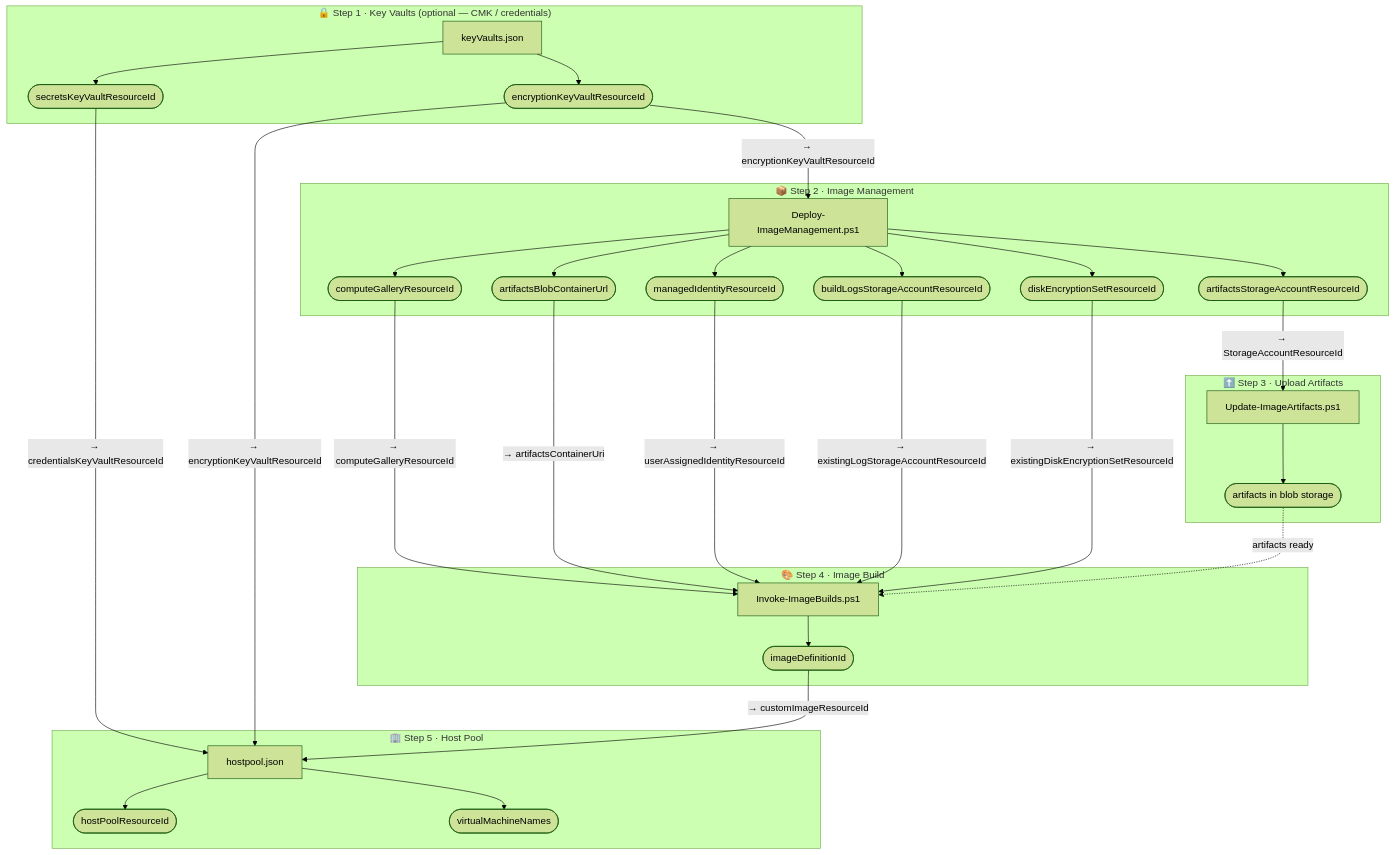
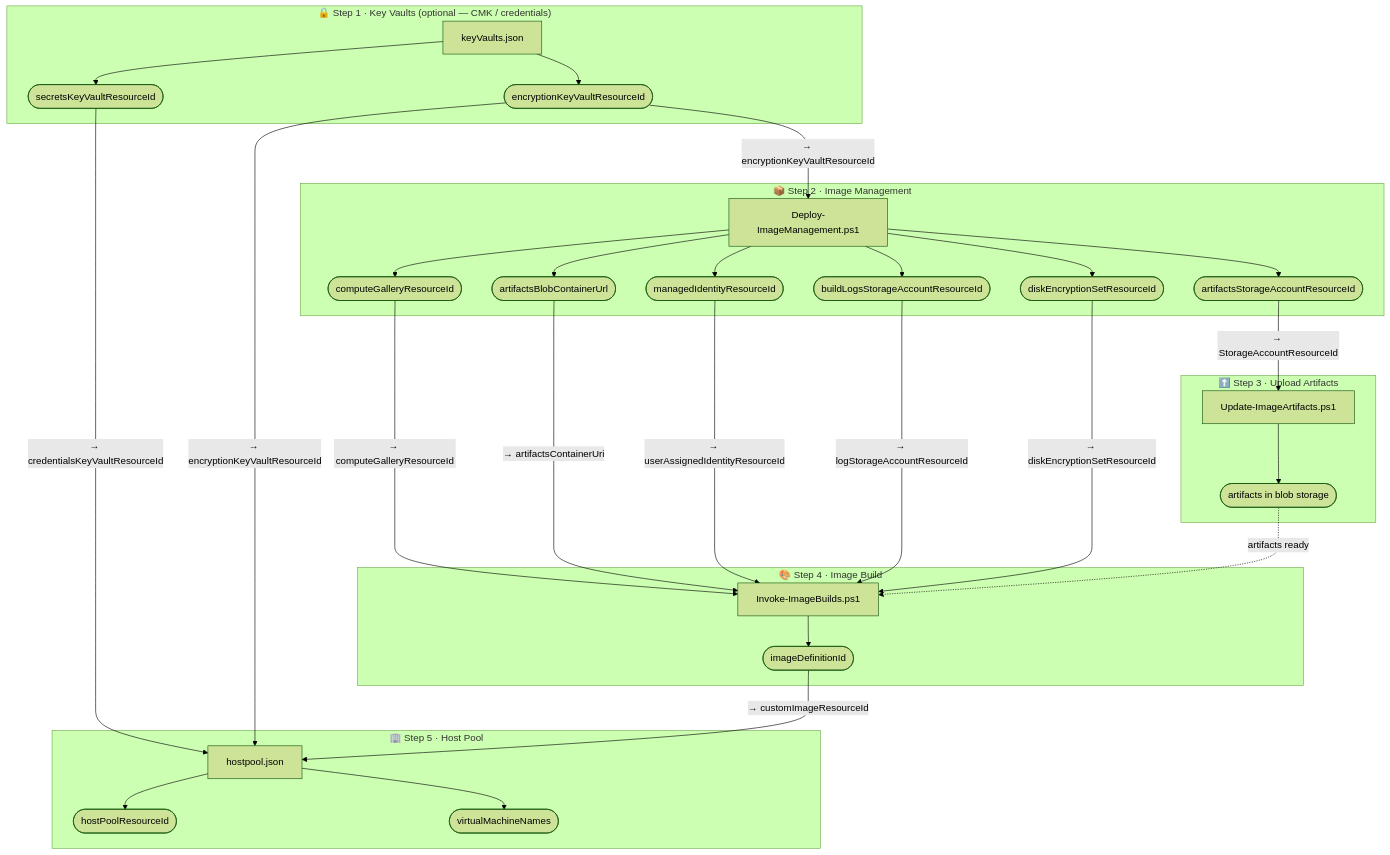
The diagram in docs/automationGuide.md (Azure/FederalAVD), drawn with Mermaid (forest theme) before and after one commit. The commit also changed other lines of this file and 21 other files, not shown here.

````diff
--- a/docs/automationGuide.md
+++ b/docs/automationGuide.md
@@ -15,62 +15,62 @@
 ```mermaid
 flowchart TD
     subgraph KV["🔒 Step 1 · Key Vaults  (optional — CMK / credentials)"]
         KV_RUN["keyVaults.json"]
         KV_O1(["secretsKeyVaultResourceId"])
         KV_O2(["encryptionKeyVaultResourceId"])
         KV_RUN --> KV_O1 & KV_O2
     end
 
     subgraph IM["📦 Step 2 · Image Management"]
         IM_RUN["Deploy-ImageManagement.ps1"]
         IM_O1(["computeGalleryResourceId"])
         IM_O2(["artifactsStorageAccountResourceId"])
         IM_O3(["artifactsBlobContainerUrl"])
         IM_O4(["managedIdentityResourceId"])
         IM_O5(["buildLogsStorageAccountResourceId"])
         IM_O6(["diskEncryptionSetResourceId"])
         IM_RUN --> IM_O1 & IM_O2 & IM_O3 & IM_O4 & IM_O5 & IM_O6
     end
 
     subgraph UA["⬆️ Step 3 · Upload Artifacts"]
         UA_RUN["Update-ImageArtifacts.ps1"]
         UA_DONE(["artifacts in blob storage"])
         UA_RUN --> UA_DONE
     end
 
     subgraph IB["🎨 Step 4 · Image Build"]
         IB_RUN["Invoke-ImageBuilds.ps1"]
         IB_O1(["imageDefinitionId"])
         IB_RUN --> IB_O1
     end
 
     subgraph HP["🏢 Step 5 · Host Pool"]
         HP_RUN["hostpool.json"]
         HP_O1(["hostPoolResourceId"])
         HP_O2(["virtualMachineNames"])
         HP_RUN --> HP_O1 & HP_O2
     end
 
     %% Key Vaults → Image Management (CMK)
     KV_O2 -->|"→ encryptionKeyVaultResourceId"| IM_RUN
 
     %% Key Vaults → Host Pool
     KV_O1 -->|"→ credentialsKeyVaultResourceId"| HP_RUN
     KV_O2 -->|"→ encryptionKeyVaultResourceId"| HP_RUN
 
     %% Image Management → Upload Artifacts
     IM_O2 -->|"→ StorageAccountResourceId"| UA_RUN
 
     %% Image Management → Image Build
     IM_O1 -->|"→ computeGalleryResourceId"| IB_RUN
     IM_O3 -->|"→ artifactsContainerUri"| IB_RUN
     IM_O4 -->|"→ userAssignedIdentityResourceId"| IB_RUN
-    IM_O5 -->|"→ existingLogStorageAccountResourceId"| IB_RUN
-    IM_O6 -->|"→ existingDiskEncryptionSetResourceId"| IB_RUN
+    IM_O5 -->|"→ logStorageAccountResourceId"| IB_RUN
+    IM_O6 -->|"→ diskEncryptionSetResourceId"| IB_RUN
 
     %% Upload Artifacts → Image Build (data dependency, no parameter)
     UA_DONE -.->|"artifacts ready"| IB_RUN
 
     %% Image Build → Host Pool
     IB_O1 -->|"→ customImageResourceId"| HP_RUN
 ```
````
